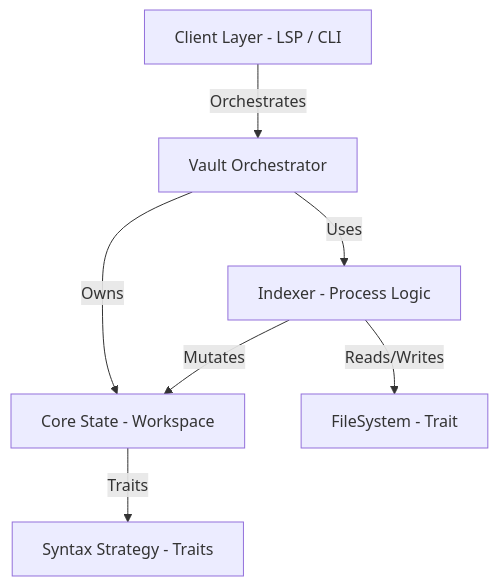
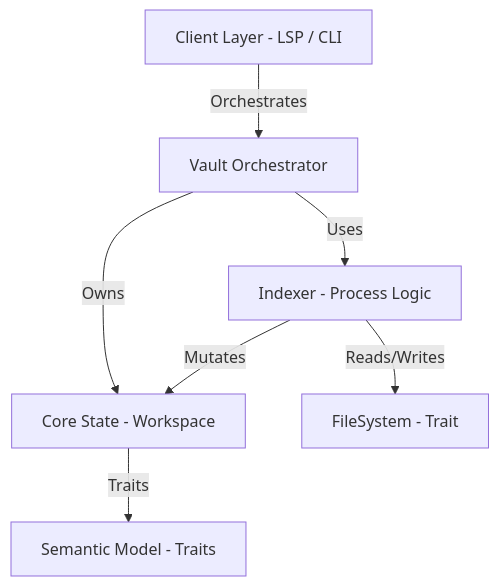
Before and after one commit to rrandom/dendrite: the first of 2 diagrams in design/architecture.md, drawn with Mermaid. The commit also changed other lines of this file and 15 other files, not shown here.

Commit message:
Semantic Model

````diff
--- a/design/architecture.md
+++ b/design/architecture.md
@@ -9,16 +9,16 @@
 ```mermaid
 graph TD
     Client[Client Layer - LSP / CLI]
     Vault[Vault Orchestrator]
     Indexer[Indexer - Process Logic]
     Core[Core State - Workspace]
-    Strategy[Syntax Strategy - Traits]
+    Strategy[Semantic Model - Traits]
     VFS[FileSystem - Trait]
     
     Client -- Orchestrates --> Vault
     Vault -- Owns --> Core
     Vault -- Uses --> Indexer
     Indexer -- Mutates --> Core
     Indexer -- Reads/Writes --> VFS
     Core -- Traits --> Strategy
 ```
````
